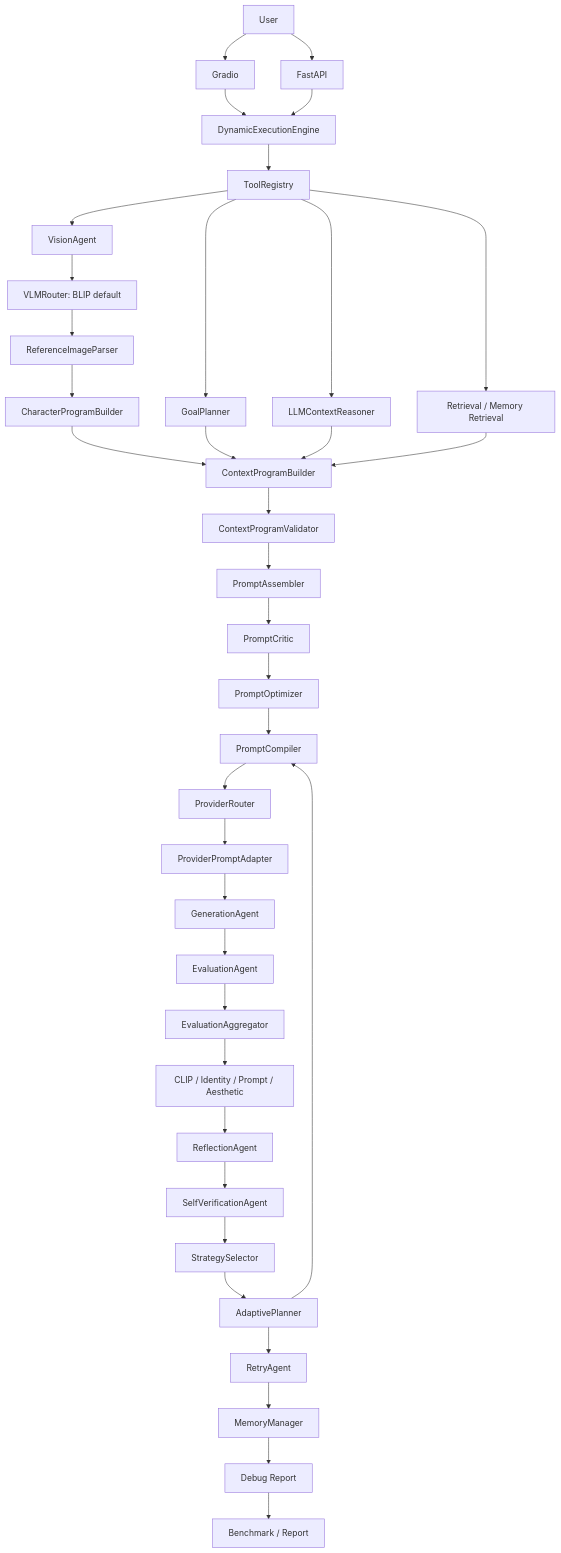
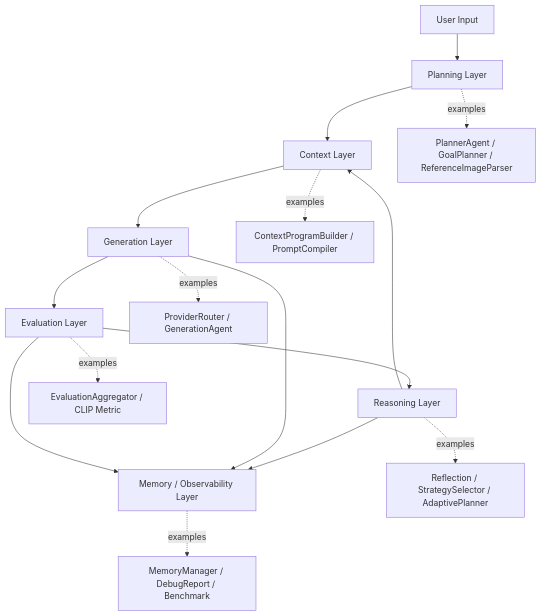
Before and after one commit to wooyybb/multimodal-ai-agent-playground: the diagram in docs/architecture.md, drawn with Mermaid. The commit also changed other lines of this file and 20 other files, not shown here.

Commit message:
docs(architecture): reorganize project around framework layers

````diff
--- a/docs/architecture.md
+++ b/docs/architecture.md
@@ -78,39 +42,19 @@
 ```mermaid
 flowchart TD
-    U[User] --> UI[Gradio]
-    U --> API[FastAPI]
-    UI --> ENG[DynamicExecutionEngine]
-    API --> ENG
-    ENG --> REG[ToolRegistry]
-    REG --> V[VisionAgent]
-    V --> VLM[VLMRouter: BLIP default]
-    VLM --> RIP[ReferenceImageParser]
-    RIP --> CPB[CharacterProgramBuilder]
-    REG --> GP[GoalPlanner]
-    REG --> LCR[LLMContextReasoner]
-    REG --> RET[Retrieval / Memory Retrieval]
-    CPB --> CP[ContextProgramBuilder]
-    GP --> CP
-    LCR --> CP
-    RET --> CP
-    CP --> CV[ContextProgramValidator]
-    CV --> PA[PromptAssembler]
-    PA --> PC[PromptCritic]
-    PC --> PO[PromptOptimizer]
-    PO --> COMP[PromptCompiler]
-    COMP --> ROUTER[ProviderRouter]
-    ROUTER --> ADAPT[ProviderPromptAdapter]
-    ADAPT --> GEN[GenerationAgent]
-    GEN --> EVAL[EvaluationAgent]
-    EVAL --> AGG[EvaluationAggregator]
-    AGG --> METRICS[CLIP / Identity / Prompt / Aesthetic]
-    METRICS --> REF[ReflectionAgent]
-    REF --> VER[SelfVerificationAgent]
-    VER --> STR[StrategySelector]
-    STR --> AP[AdaptivePlanner]
-    AP --> COMP
-    AP --> RETRY[RetryAgent]
-    RETRY --> MEM[MemoryManager]
-    MEM --> DBG[Debug Report]
-    DBG --> BENCH[Benchmark / Report]
+    U[User Input] --> P[Planning Layer]
+    P --> C[Context Layer]
+    C --> G[Generation Layer]
+    G --> E[Evaluation Layer]
+    E --> R[Reasoning Layer]
+    R --> C
+    R --> M[Memory / Observability Layer]
+    G --> M
+    E --> M
+
+    P -.examples.-> PEX[PlannerAgent / GoalPlanner / ReferenceImageParser]
+    C -.examples.-> CEX[ContextProgramBuilder / PromptCompiler]
+    G -.examples.-> GEX[ProviderRouter / GenerationAgent]
+    E -.examples.-> EEX[EvaluationAggregator / CLIP Metric]
+    R -.examples.-> REX[Reflection / StrategySelector / AdaptivePlanner]
+    M -.examples.-> MEX[MemoryManager / DebugReport / Benchmark]
 ```
````
